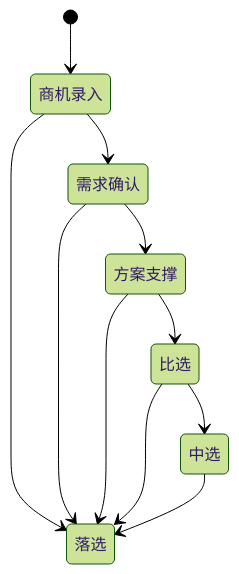
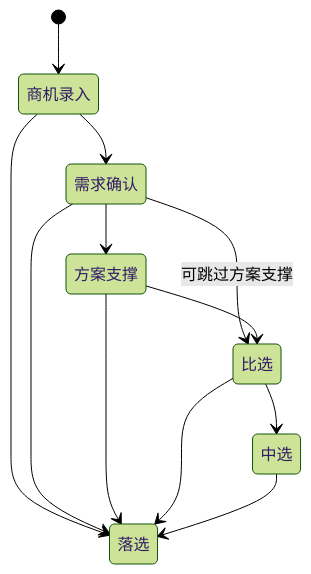
Before and after one commit to Joker-1030/Yingjia-Internal-Management-System: the first of 3 diagrams in prd-workspace/current/shared/04-core-objects-and-states.md, drawn with Mermaid (forest theme). The commit also changed other lines of this file and 50 other files, not shown here.

````diff
--- a/prd-workspace/current/shared/04-core-objects-and-states.md
+++ b/prd-workspace/current/shared/04-core-objects-and-states.md
@@ -52,13 +52,14 @@
 ```mermaid
 stateDiagram-v2
     [*] --> 商机录入
     商机录入 --> 需求确认
     需求确认 --> 方案支撑
+    需求确认 --> 比选: 可跳过方案支撑
     方案支撑 --> 比选
     比选 --> 中选
     商机录入 --> 落选
     需求确认 --> 落选
     方案支撑 --> 落选
     比选 --> 落选
     中选 --> 落选
 ```
````
